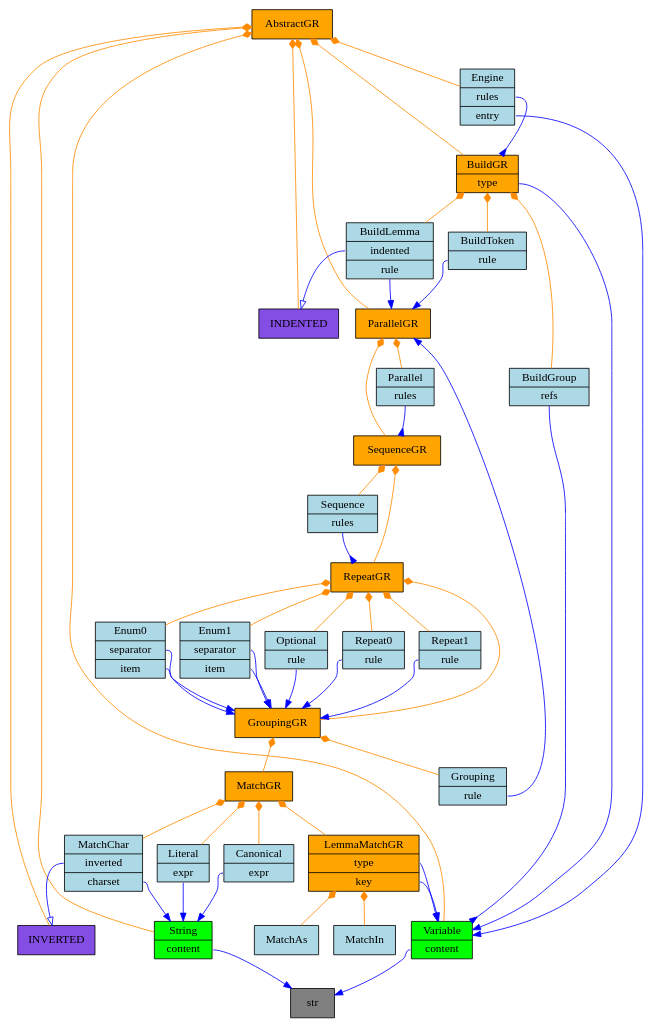
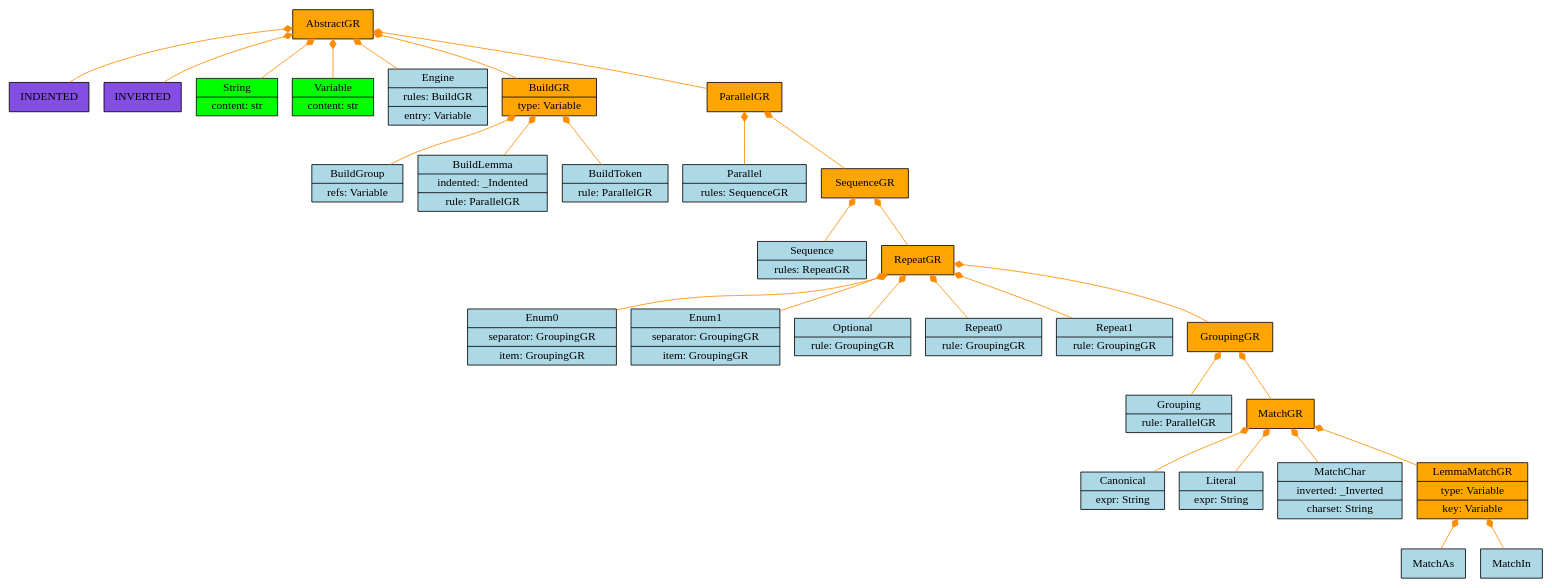
Before and after one commit to GabrielAmare/Language: the diagram in language/base/bnf/v0_0_1/graph.gv, drawn with Graphviz. The commit also changed 8 other files, not shown here.

Commit message:
used utils.graph.structures for ClassManager.use_graph

```diff
--- a/language/base/bnf/v0_0_1/graph.gv
+++ b/language/base/bnf/v0_0_1/graph.gv
@@ -1,85 +1,59 @@
 digraph {
 	AbstractGR [label="{ <> AbstractGR  }" fillcolor=orange shape=record style=filled]
-	str [label=str fillcolor=gray shape=rect style=filled]
 	_Indented [label=INDENTED fillcolor="#844de3" shape=rect style=filled]
 	_Inverted [label=INVERTED fillcolor="#844de3" shape=rect style=filled]
-	String [label="{ <> String | <content> content  }" fillcolor=lime shape=record style=filled]
-	Variable [label="{ <> Variable | <content> content  }" fillcolor=lime shape=record style=filled]
-	Engine [label="{ <> Engine | <rules> rules  | <entry> entry  }" fillcolor=lightblue shape=record style=filled]
-	BuildGR [label="{ <> BuildGR | <type> type  }" fillcolor=orange shape=record style=filled]
+	String [label="{ <> String | <content> content: str }" fillcolor=lime shape=record style=filled]
+	Variable [label="{ <> Variable | <content> content: str }" fillcolor=lime shape=record style=filled]
+	Engine [label="{ <> Engine | <rules> rules: BuildGR | <entry> entry: Variable }" fillcolor=lightblue shape=record style=filled]
+	BuildGR [label="{ <> BuildGR | <type> type: Variable }" fillcolor=orange shape=record style=filled]
 	ParallelGR [label="{ <> ParallelGR  }" fillcolor=orange shape=record style=filled]
-	BuildGroup [label="{ <> BuildGroup | <refs> refs  }" fillcolor=lightblue shape=record style=filled]
-	BuildLemma [label="{ <> BuildLemma | <indented> indented  | <rule> rule  }" fillcolor=lightblue shape=record style=filled]
-	BuildToken [label="{ <> BuildToken | <rule> rule  }" fillcolor=lightblue shape=record style=filled]
-	Parallel [label="{ <> Parallel | <rules> rules  }" fillcolor=lightblue shape=record style=filled]
+	BuildGroup [label="{ <> BuildGroup | <refs> refs: Variable }" fillcolor=lightblue shape=record style=filled]
+	BuildLemma [label="{ <> BuildLemma | <indented> indented: _Indented | <rule> rule: ParallelGR }" fillcolor=lightblue shape=record style=filled]
+	BuildToken [label="{ <> BuildToken | <rule> rule: ParallelGR }" fillcolor=lightblue shape=record style=filled]
+	Parallel [label="{ <> Parallel | <rules> rules: SequenceGR }" fillcolor=lightblue shape=record style=filled]
 	SequenceGR [label="{ <> SequenceGR  }" fillcolor=orange shape=record style=filled]
-	Sequence [label="{ <> Sequence | <rules> rules  }" fillcolor=lightblue shape=record style=filled]
+	Sequence [label="{ <> Sequence | <rules> rules: RepeatGR }" fillcolor=lightblue shape=record style=filled]
 	RepeatGR [label="{ <> RepeatGR  }" fillcolor=orange shape=record style=filled]
-	Enum0 [label="{ <> Enum0 | <separator> separator  | <item> item  }" fillcolor=lightblue shape=record style=filled]
-	Enum1 [label="{ <> Enum1 | <separator> separator  | <item> item  }" fillcolor=lightblue shape=record style=filled]
-	Optional [label="{ <> Optional | <rule> rule  }" fillcolor=lightblue shape=record style=filled]
-	Repeat0 [label="{ <> Repeat0 | <rule> rule  }" fillcolor=lightblue shape=record style=filled]
-	Repeat1 [label="{ <> Repeat1 | <rule> rule  }" fillcolor=lightblue shape=record style=filled]
+	Enum0 [label="{ <> Enum0 | <separator> separator: GroupingGR | <item> item: GroupingGR }" fillcolor=lightblue shape=record style=filled]
+	Enum1 [label="{ <> Enum1 | <separator> separator: GroupingGR | <item> item: GroupingGR }" fillcolor=lightblue shape=record style=filled]
+	Optional [label="{ <> Optional | <rule> rule: GroupingGR }" fillcolor=lightblue shape=record style=filled]
+	Repeat0 [label="{ <> Repeat0 | <rule> rule: GroupingGR }" fillcolor=lightblue shape=record style=filled]
+	Repeat1 [label="{ <> Repeat1 | <rule> rule: GroupingGR }" fillcolor=lightblue shape=record style=filled]
 	GroupingGR [label="{ <> GroupingGR  }" fillcolor=orange shape=record style=filled]
-	Grouping [label="{ <> Grouping | <rule> rule  }" fillcolor=lightblue shape=record style=filled]
+	Grouping [label="{ <> Grouping | <rule> rule: ParallelGR }" fillcolor=lightblue shape=record style=filled]
 	MatchGR [label="{ <> MatchGR  }" fillcolor=orange shape=record style=filled]
-	Canonical [label="{ <> Canonical | <expr> expr  }" fillcolor=lightblue shape=record style=filled]
-	Literal [label="{ <> Literal | <expr> expr  }" fillcolor=lightblue shape=record style=filled]
-	MatchChar [label="{ <> MatchChar | <inverted> inverted  | <charset> charset  }" fillcolor=lightblue shape=record style=filled]
-	LemmaMatchGR [label="{ <> LemmaMatchGR | <type> type  | <key> key  }" fillcolor=orange shape=record style=filled]
+	Canonical [label="{ <> Canonical | <expr> expr: String }" fillcolor=lightblue shape=record style=filled]
+	Literal [label="{ <> Literal | <expr> expr: String }" fillcolor=lightblue shape=record style=filled]
+	MatchChar [label="{ <> MatchChar | <inverted> inverted: _Inverted | <charset> charset: String }" fillcolor=lightblue shape=record style=filled]
+	LemmaMatchGR [label="{ <> LemmaMatchGR | <type> type: Variable | <key> key: Variable }" fillcolor=orange shape=record style=filled]
 	MatchAs [label="{ <> MatchAs  }" fillcolor=lightblue shape=record style=filled]
 	MatchIn [label="{ <> MatchIn  }" fillcolor=lightblue shape=record style=filled]
 	AbstractGR -> _Indented [arrowtail=diamond color=darkorange dir=back]
 	AbstractGR -> _Inverted [arrowtail=diamond color=darkorange dir=back]
 	AbstractGR -> String [arrowtail=diamond color=darkorange dir=back]
 	AbstractGR -> Variable [arrowtail=diamond color=darkorange dir=back]
 	AbstractGR -> Engine [arrowtail=diamond color=darkorange dir=back]
 	AbstractGR -> BuildGR [arrowtail=diamond color=darkorange dir=back]
 	AbstractGR -> ParallelGR [arrowtail=diamond color=darkorange dir=back]
-	String:content -> str [arrowhead=normal color=blue]
-	Variable:content -> str [arrowhead=normal color=blue]
-	Engine:entry -> Variable [arrowhead=normal color=blue]
-	Engine:rules -> BuildGR [arrowhead=inv color=blue]
 	BuildGR -> BuildGroup [arrowtail=diamond color=darkorange dir=back]
 	BuildGR -> BuildLemma [arrowtail=diamond color=darkorange dir=back]
 	BuildGR -> BuildToken [arrowtail=diamond color=darkorange dir=back]
-	BuildGR:type -> Variable [arrowhead=normal color=blue]
 	ParallelGR -> Parallel [arrowtail=diamond color=darkorange dir=back]
 	ParallelGR -> SequenceGR [arrowtail=diamond color=darkorange dir=back]
-	BuildGroup:refs -> Variable [arrowhead=inv color=blue]
-	BuildLemma:indented -> _Indented [arrowhead=onormal color=blue]
-	BuildLemma:rule -> ParallelGR [arrowhead=normal color=blue]
-	BuildToken:rule -> ParallelGR [arrowhead=normal color=blue]
-	Parallel:rules -> SequenceGR [arrowhead=inv color=blue]
 	SequenceGR -> Sequence [arrowtail=diamond color=darkorange dir=back]
 	SequenceGR -> RepeatGR [arrowtail=diamond color=darkorange dir=back]
-	Sequence:rules -> RepeatGR [arrowhead=inv color=blue]
 	RepeatGR -> Enum0 [arrowtail=diamond color=darkorange dir=back]
 	RepeatGR -> Enum1 [arrowtail=diamond color=darkorange dir=back]
 	RepeatGR -> Optional [arrowtail=diamond color=darkorange dir=back]
 	RepeatGR -> Repeat0 [arrowtail=diamond color=darkorange dir=back]
 	RepeatGR -> Repeat1 [arrowtail=diamond color=darkorange dir=back]
 	RepeatGR -> GroupingGR [arrowtail=diamond color=darkorange dir=back]
-	Enum0:item -> GroupingGR [arrowhead=normal color=blue]
-	Enum0:separator -> GroupingGR [arrowhead=normal color=blue]
-	Enum1:item -> GroupingGR [arrowhead=normal color=blue]
-	Enum1:separator -> GroupingGR [arrowhead=normal color=blue]
-	Optional:rule -> GroupingGR [arrowhead=normal color=blue]
-	Repeat0:rule -> GroupingGR [arrowhead=normal color=blue]
-	Repeat1:rule -> GroupingGR [arrowhead=normal color=blue]
 	GroupingGR -> Grouping [arrowtail=diamond color=darkorange dir=back]
 	GroupingGR -> MatchGR [arrowtail=diamond color=darkorange dir=back]
-	Grouping:rule -> ParallelGR [arrowhead=normal color=blue]
 	MatchGR -> Canonical [arrowtail=diamond color=darkorange dir=back]
 	MatchGR -> Literal [arrowtail=diamond color=darkorange dir=back]
 	MatchGR -> MatchChar [arrowtail=diamond color=darkorange dir=back]
 	MatchGR -> LemmaMatchGR [arrowtail=diamond color=darkorange dir=back]
-	Canonical:expr -> String [arrowhead=normal color=blue]
-	Literal:expr -> String [arrowhead=normal color=blue]
-	MatchChar:charset -> String [arrowhead=normal color=blue]
-	MatchChar:inverted -> _Inverted [arrowhead=onormal color=blue]
 	LemmaMatchGR -> MatchAs [arrowtail=diamond color=darkorange dir=back]
 	LemmaMatchGR -> MatchIn [arrowtail=diamond color=darkorange dir=back]
-	LemmaMatchGR:key -> Variable [arrowhead=normal color=blue]
-	LemmaMatchGR:type -> Variable [arrowhead=normal color=blue]
 }
```
